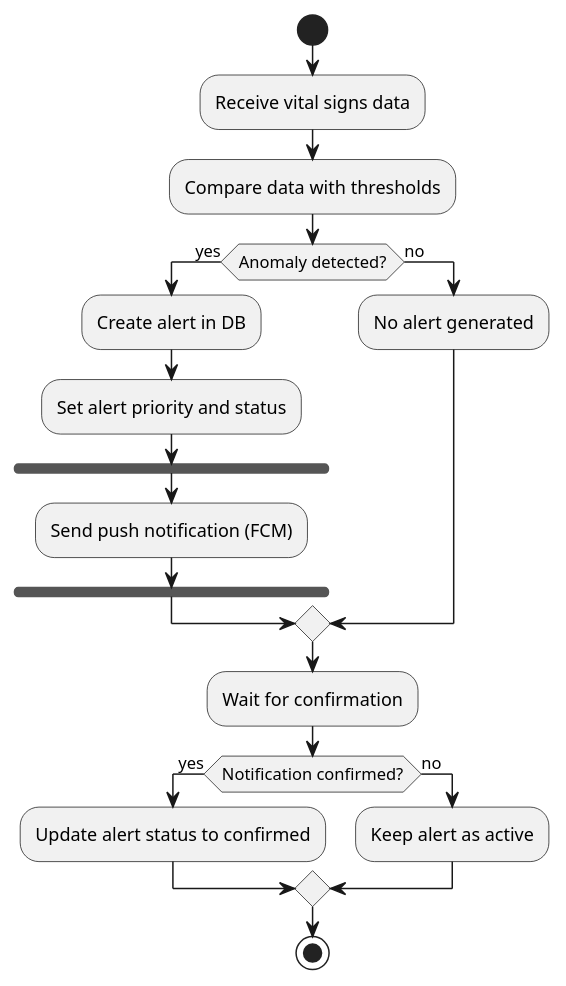
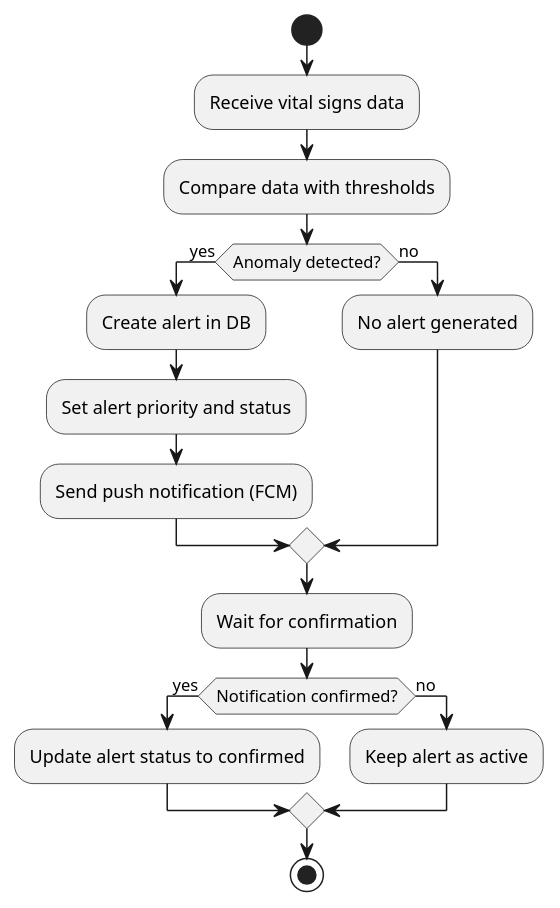
Before and after one commit to RachaZaibi/rapport: the diagram in chapter6/diagrams/sprint_activity_diagram.wsd, drawn with PlantUML. The commit also changed 34 other files, not shown here.

```diff
--- a/chapter6/diagrams/sprint_activity_diagram.wsd
+++ b/chapter6/diagrams/sprint_activity_diagram.wsd
@@ -1,24 +1,22 @@
 @startuml
 start
 :Receive vital signs data;
 :Compare data with thresholds;
 
 if (Anomaly detected?) then (yes)
   :Create alert in DB;
   :Set alert priority and status;
-  fork
-    :Send push notification (FCM);
-  end fork
+  :Send push notification (FCM);
 else (no)
   :No alert generated;
 endif
 
 :Wait for confirmation;
 if (Notification confirmed?) then (yes)
   :Update alert status to confirmed;
 else (no)
   :Keep alert as active;
 endif
 
 stop
 @enduml
```
